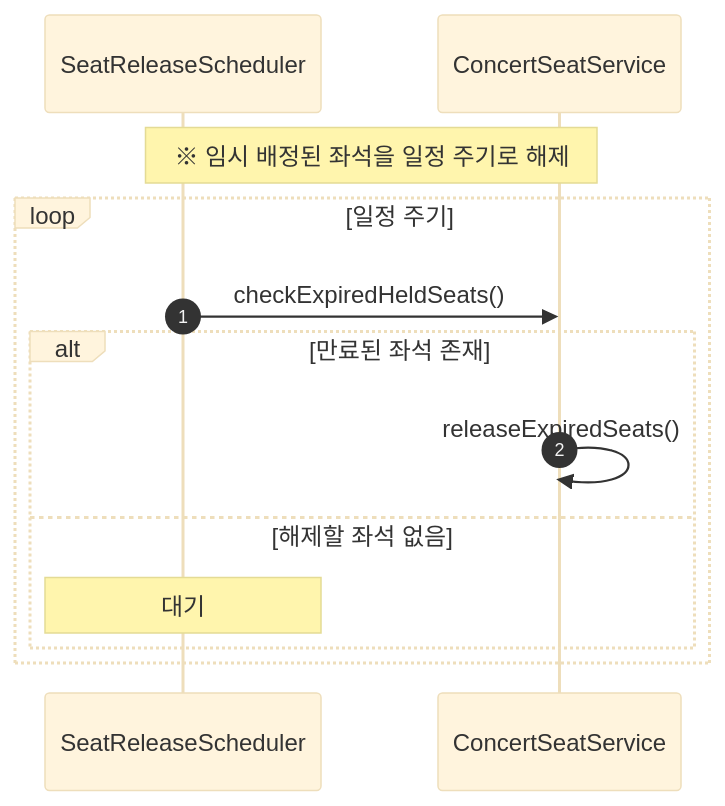
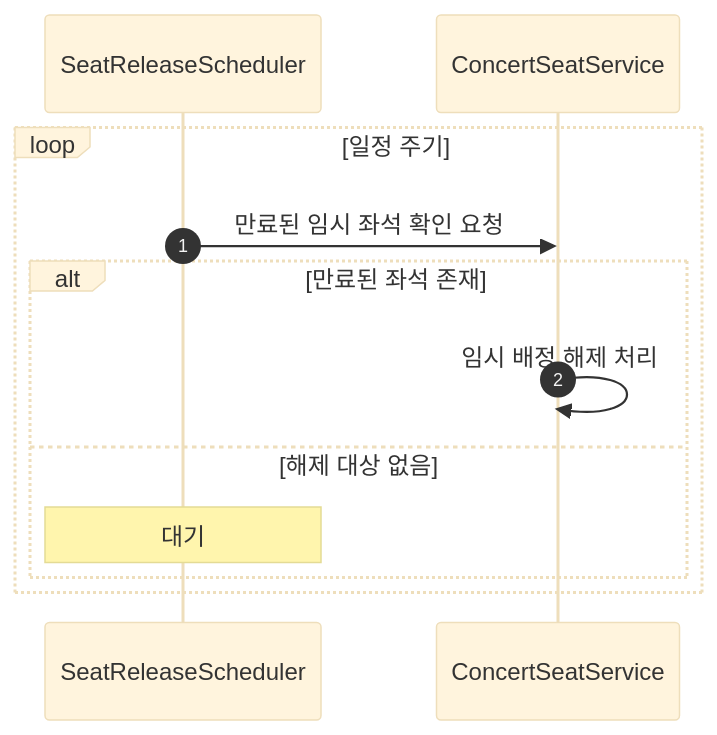
One commit to uuununew/concert-system changed the fifth of 8 diagrams in docs/SEQUENCE.md. Above: the diagram before and after it, drawn with Mermaid (base theme). The commit also changed other lines of this file, not shown here.

Commit message:
시퀀스 다이어그램 추가

````diff
--- a/docs/SEQUENCE.md
+++ b/docs/SEQUENCE.md
@@ -144,17 +139,16 @@
 ```mermaid
 sequenceDiagram
     autonumber
     participant SeatReleaseScheduler
     participant ConcertSeatService
 
-    note over SeatReleaseScheduler, ConcertSeatService: ※ 임시 배정된 좌석을 일정 주기로 해제
+    loop 일정 주기
+        SeatReleaseScheduler ->> ConcertSeatService: 만료된 임시 좌석 확인 요청
 
-    loop 일정 주기
-        SeatReleaseScheduler ->> ConcertSeatService: checkExpiredHeldSeats()
         alt 만료된 좌석 존재
-            ConcertSeatService ->> ConcertSeatService: releaseExpiredSeats()
-        else 해제할 좌석 없음
+            ConcertSeatService ->> ConcertSeatService: 임시 배정 해제 처리
+        else 해제 대상 없음
             note over SeatReleaseScheduler: 대기
         end
     end
 ```
````
